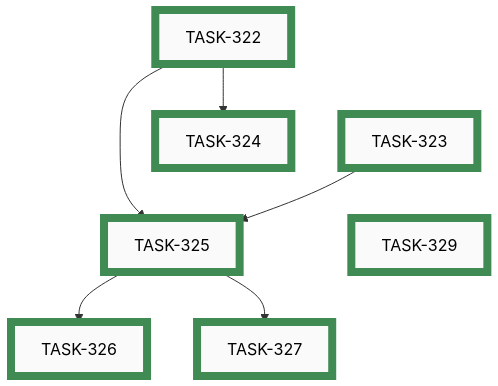
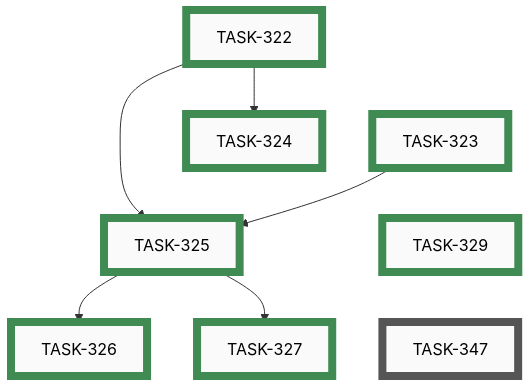
The seventh of 10 diagrams in docs/developers/tasks/EPICS.md (tgd1975/AwesomeStudioPedal), drawn with Mermaid before and after one commit. The commit also changed other lines of this file and 4 other files, not shown here.

First line of the commit message:
add TASK-347: fix /commit + commit-pathspec.sh rename and deletion handling

````diff
--- a/docs/developers/tasks/EPICS.md
+++ b/docs/developers/tasks/EPICS.md
@@ -245,31 +245,33 @@
 ```mermaid
 graph TD
+    TASK_347["TASK-347"]:::open
     TASK_322["TASK-322"]:::closed
     TASK_323["TASK-323"]:::closed
     TASK_324["TASK-324"]:::closed
     TASK_325["TASK-325"]:::closed
     TASK_326["TASK-326"]:::closed
     TASK_327["TASK-327"]:::closed
     TASK_329["TASK-329"]:::closed
     TASK_322 --> TASK_324
     TASK_322 --> TASK_325
     TASK_323 --> TASK_325
     TASK_325 --> TASK_326
     TASK_325 --> TASK_327
-    TASK_322 ~~~ TASK_323 ~~~ TASK_329
+    TASK_322 ~~~ TASK_323 ~~~ TASK_329 ~~~ TASK_347
+    click TASK_347 "open/task-347-fix-commit-rename-and-deletion-handling.md"
     click TASK_322 "closed/task-322-decide-commit-provenance-and-bypass-mechanism.md"
     click TASK_323 "closed/task-323-convert-commit-skill-to-pathspec-form.md"
     click TASK_324 "closed/task-324-update-claudemd-and-add-commit-policy-page.md"
     click TASK_325 "closed/task-325-implement-precommit-hook-enforcement.md"
     click TASK_326 "closed/task-326-route-other-commit-skills-through-commit.md"
     click TASK_327 "closed/task-327-decide-partial-hunk-policy.md"
     click TASK_329 "closed/task-329-drop-auto-git-add-from-commit-pathspec.md"
     classDef open    fill:#FAFAFA,stroke:#555,stroke-width:8px,color:#000
     classDef active  fill:#FAFAFA,stroke:#1A6FA8,stroke-width:8px,color:#000
     classDef closed  fill:#FAFAFA,stroke:#3F8B53,stroke-width:8px,color:#000
     classDef paused  fill:#FAFAFA,stroke:#B07810,stroke-width:8px,color:#000
     classDef openExt    fill:#000,stroke:#888,stroke-width:8px,color:#FFF
     classDef activeExt  fill:#000,stroke:#3FA9F5,stroke-width:8px,color:#FFF
     classDef closedExt  fill:#000,stroke:#7CC68A,stroke-width:8px,color:#FFF
     classDef pausedExt  fill:#000,stroke:#F0B030,stroke-width:8px,color:#FFF
 ```
````
